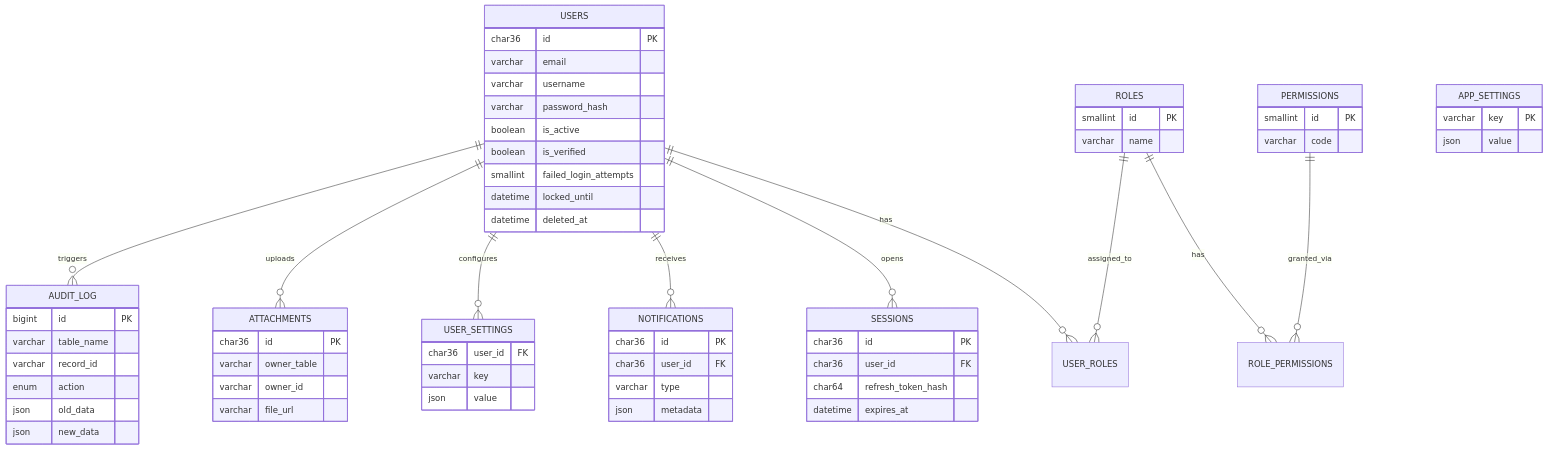
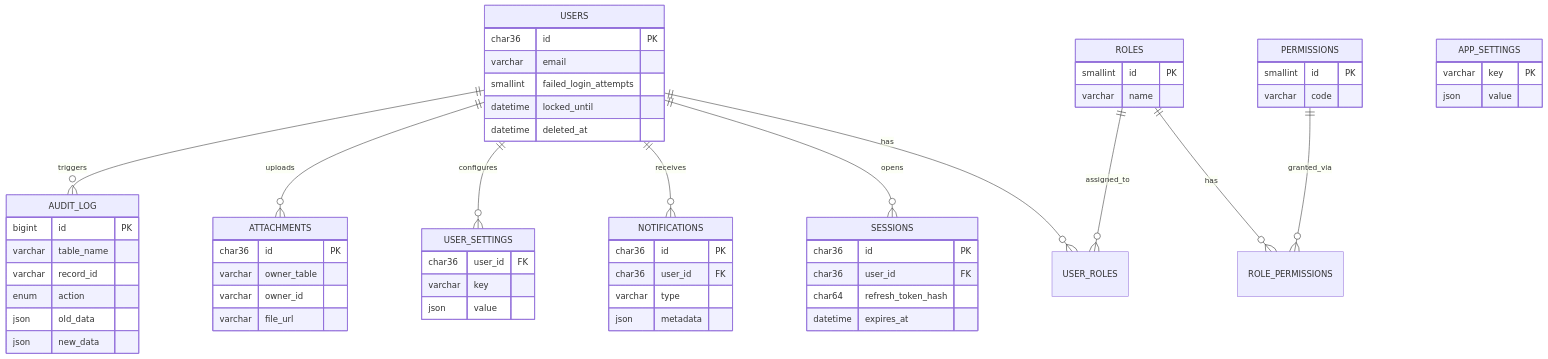
One commit to NietoDeveloper/MySQL_DataBase changed the diagram in docs/ERD.md. Above: the diagram before and after it, drawn with Mermaid.

````diff
--- a/docs/ERD.md
+++ b/docs/ERD.md
@@ -3,75 +3,72 @@
 ```mermaid
 erDiagram
     USERS ||--o{ USER_ROLES : has
     ROLES ||--o{ USER_ROLES : assigned_to
     ROLES ||--o{ ROLE_PERMISSIONS : has
     PERMISSIONS ||--o{ ROLE_PERMISSIONS : granted_via
     USERS ||--o{ SESSIONS : opens
     USERS ||--o{ NOTIFICATIONS : receives
     USERS ||--o{ USER_SETTINGS : configures
     USERS ||--o{ ATTACHMENTS : uploads
     USERS ||--o{ AUDIT_LOG : triggers
 
     USERS {
         char36 id PK
         varchar email
-        varchar username
-        varchar password_hash
-        boolean is_active
-        boolean is_verified
+
         smallint failed_login_attempts
         datetime locked_until
         datetime deleted_at
     }
 
     ROLES {
         smallint id PK
         varchar name
     }
 
     PERMISSIONS {
         smallint id PK
         varchar code
     }
 
     SESSIONS {
         char36 id PK
         char36 user_id FK
         char64 refresh_token_hash
         datetime expires_at
     }
 
     ATTACHMENTS {
         char36 id PK
         varchar owner_table
         varchar owner_id
         varchar file_url
     }
 
     NOTIFICATIONS {
         char36 id PK
         char36 user_id FK
         varchar type
         json metadata
     }
 
     AUDIT_LOG {
         bigint id PK
         varchar table_name
         varchar record_id
         enum action
         json old_data
         json new_data
     }
 
     APP_SETTINGS {
         varchar key PK
         json value
     }
 
     USER_SETTINGS {
         char36 user_id FK
         varchar key
         json value
     }
 ```
````
